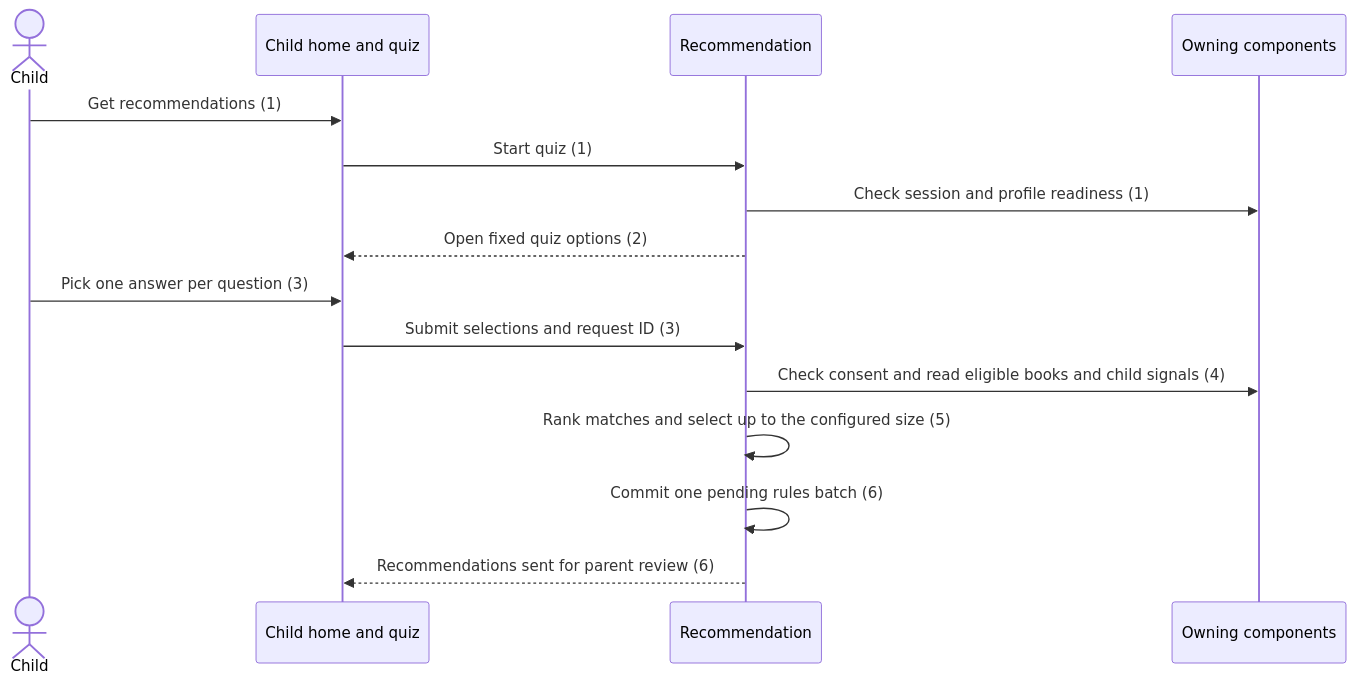
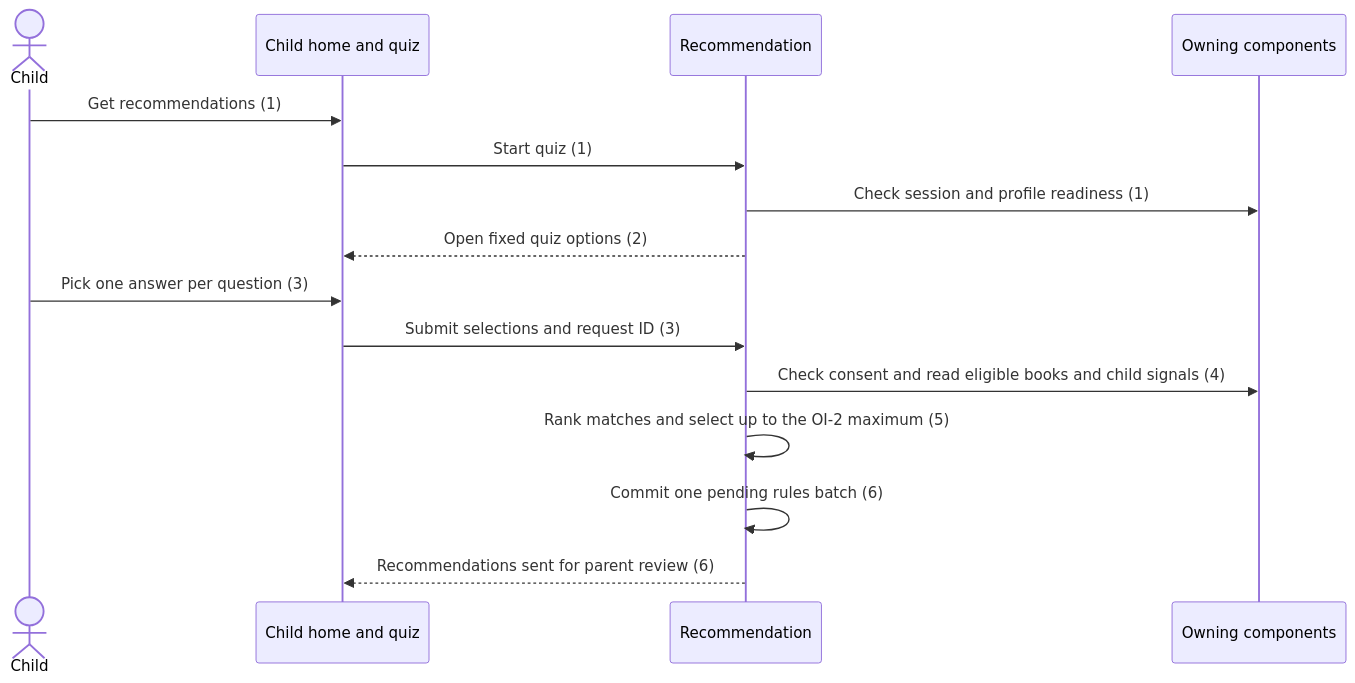
The third of 4 diagrams in design/rec.md (videogames21/book_buddies), drawn with Mermaid before and after one commit. The commit also changed other lines of this file, not shown here.

````diff
--- a/design/rec.md
+++ b/design/rec.md
@@ -155,17 +155,17 @@
 ```mermaid
 sequenceDiagram
     actor Child
     participant UI as Child home and quiz
     participant REC as Recommendation
     participant Data as Owning components
     Child->>UI: Get recommendations (1)
     UI->>REC: Start quiz (1)
     REC->>Data: Check session and profile readiness (1)
     REC-->>UI: Open fixed quiz options (2)
     Child->>UI: Pick one answer per question (3)
     UI->>REC: Submit selections and request ID (3)
     REC->>Data: Check consent and read eligible books and child signals (4)
-    REC->>REC: Rank matches and select up to the configured size (5)
+    REC->>REC: Rank matches and select up to the OI-2 maximum (5)
     REC->>REC: Commit one pending rules batch (6)
     REC-->>UI: Recommendations sent for parent review (6)
 ```
````
